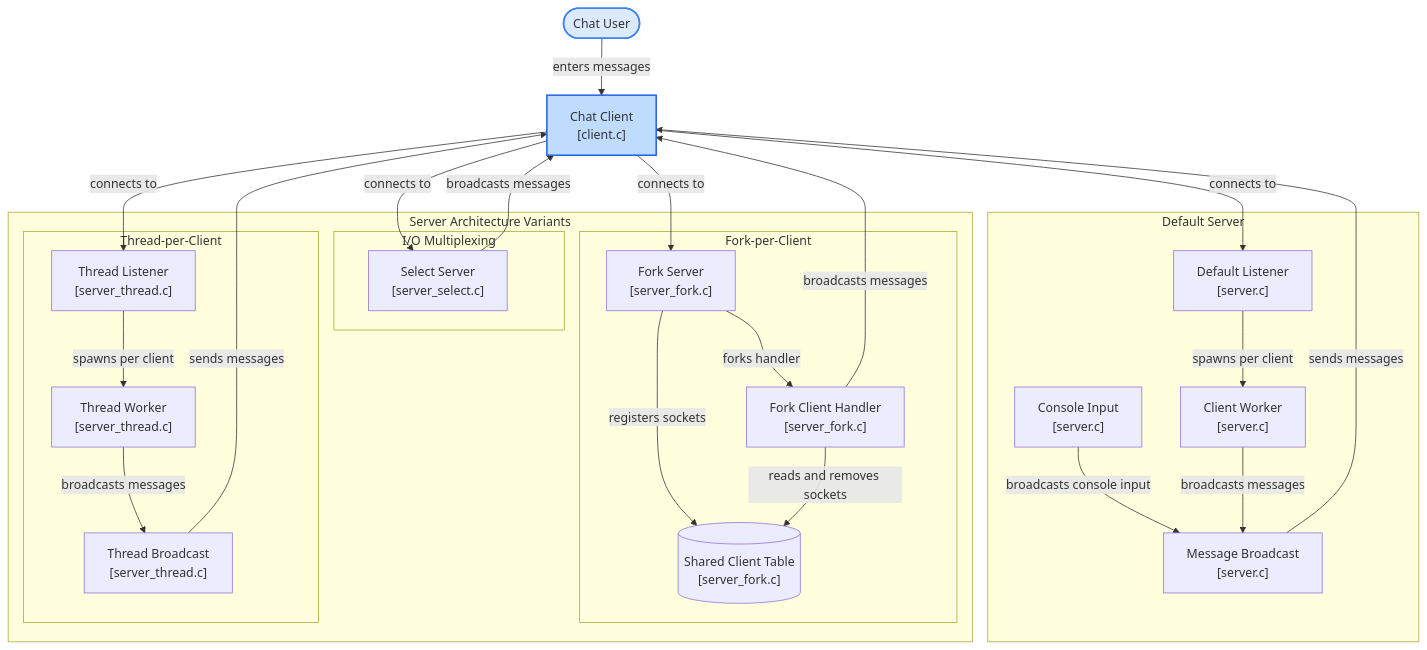
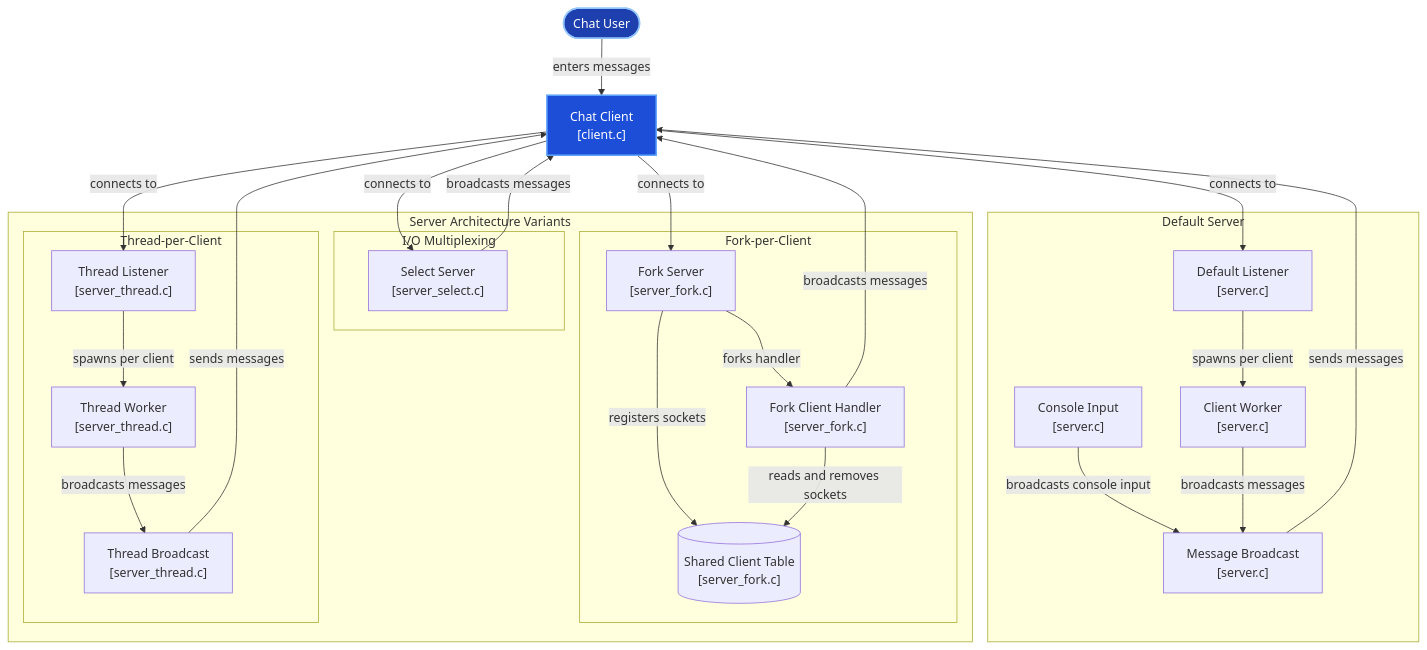
The diagram in README.md (yashaswinimullalli/simple_tcp_chat), drawn with Mermaid before and after one commit.

Commit message:
Fix high-contrast text and colors for Chat User and Client in GitHub dark mode

````diff
--- a/README.md
+++ b/README.md
@@ -14,39 +14,39 @@
 ```mermaid
 flowchart TD
     User(["Chat User"]):::userClass -->|"enters messages"| Client["Chat Client\n[client.c]"]:::clientClass
 
     subgraph DefaultServer["Default Server"]
         DefListener["Default Listener\n[server.c]"] -->|"spawns per client"| DefWorker["Client Worker\n[server.c]"]
         DefConsole["Console Input\n[server.c]"] -->|"broadcasts console input"| DefBroadcast["Message Broadcast\n[server.c]"]
         DefWorker -->|"broadcasts messages"| DefBroadcast
     end
 
     subgraph ServerVariants["Server Architecture Variants"]
         subgraph ForkGroup["Fork-per-Client"]
             ForkServ["Fork Server\n[server_fork.c]"] -->|"forks handler"| ForkHandler["Fork Client Handler\n[server_fork.c]"]
             ForkServ -->|"registers sockets"| SharedTable[("Shared Client Table\n[server_fork.c]")]
             ForkHandler -->|"reads and removes sockets"| SharedTable
         end
 
         subgraph SelectGroup["I/O Multiplexing"]
             SelectServ["Select Server\n[server_select.c]"]
         end
 
         subgraph ThreadGroup["Thread-per-Client"]
             ThreadServ["Thread Listener\n[server_thread.c]"] -->|"spawns per client"| ThreadWorker["Thread Worker\n[server_thread.c]"]
             ThreadWorker -->|"broadcasts messages"| ThreadBroadcast["Thread Broadcast\n[server_thread.c]"]
         end
     end
 
     Client -->|"connects to"| DefListener
     DefBroadcast -->|"sends messages"| Client
     Client -->|"connects to"| ForkServ
     ForkHandler -->|"broadcasts messages"| Client
     Client -->|"connects to"| SelectServ
     SelectServ -->|"broadcasts messages"| Client
     Client -->|"connects to"| ThreadServ
     ThreadBroadcast -->|"sends messages"| Client
 
-    classDef userClass fill:#dbeafe,stroke:#3b82f6,stroke-width:2px;
-    classDef clientClass fill:#bfdbfe,stroke:#2563eb,stroke-width:2px;
+    classDef userClass fill:#1e40af,stroke:#93c5fd,stroke-width:2px,color:#ffffff;
+    classDef clientClass fill:#1d4ed8,stroke:#60a5fa,stroke-width:2px,color:#ffffff;
 ```
````
